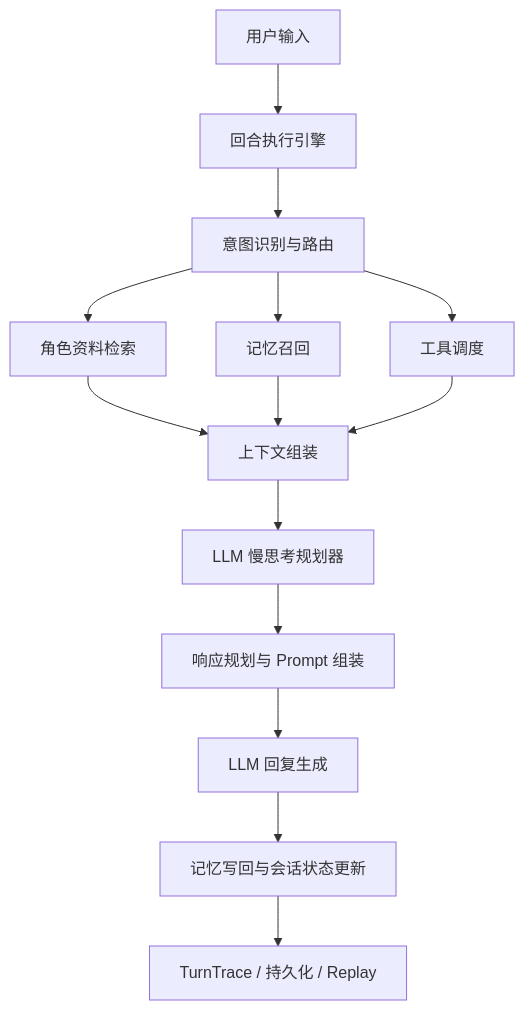
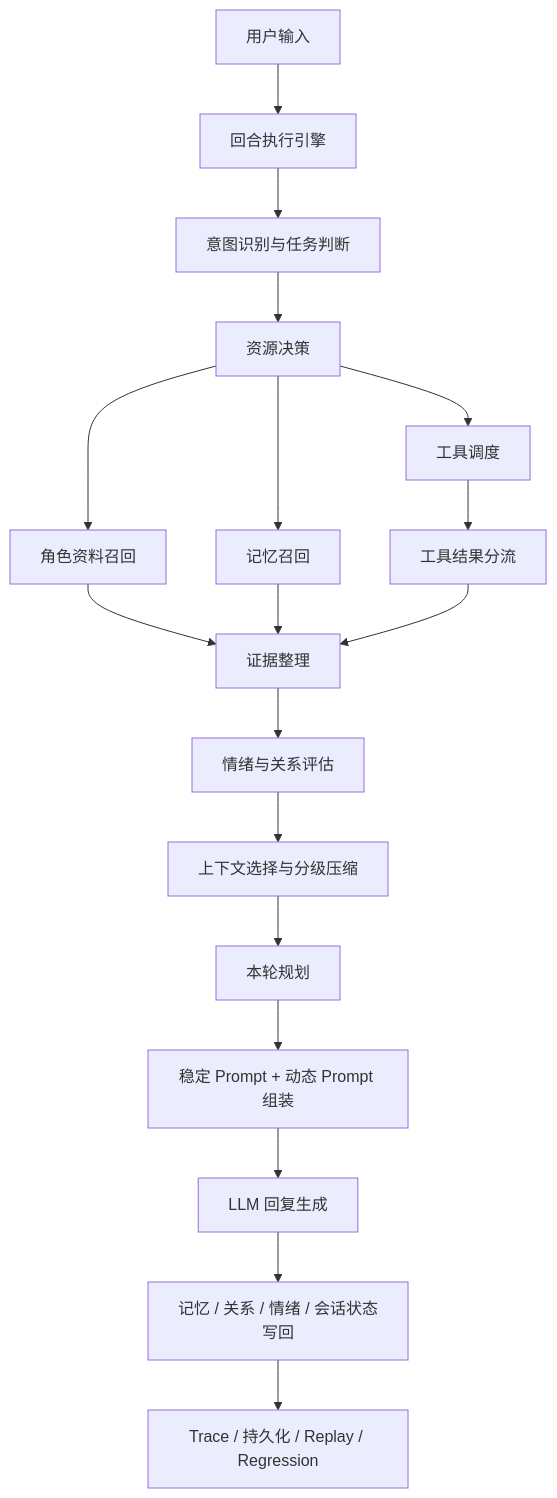
Before and after one commit to yukaich1/CompanionAgent_WeTalk: the diagram in README.md, drawn with Mermaid. The commit also changed other lines of this file and 14 other files, not shown here.

````diff
--- a/README.md
+++ b/README.md
@@ -257,16 +239,20 @@
 ```mermaid
 graph TD
     A["用户输入"] --> B["回合执行引擎"]
-    B --> C["意图识别与路由"]
-    C --> D["角色资料检索"]
-    C --> E["记忆召回"]
-    C --> F["工具调度"]
-    D --> G["上下文组装"]
-    E --> G
-    F --> G
-    G --> H["LLM 慢思考规划器"]
-    H --> I["响应规划与 Prompt 组装"]
-    I --> J["LLM 回复生成"]
-    J --> K["记忆写回与会话状态更新"]
-    K --> L["TurnTrace / 持久化 / Replay"]
+    B --> C["意图识别与任务判断"]
+    C --> D["资源决策"]
+    D --> E["工具调度"]
+    D --> F["角色资料召回"]
+    D --> G["记忆召回"]
+    E --> H["工具结果分流"]
+    F --> I["证据整理"]
+    G --> I
+    H --> I
+    I --> J["情绪与关系评估"]
+    J --> K["上下文选择与分级压缩"]
+    K --> L["本轮规划"]
+    L --> M["稳定 Prompt + 动态 Prompt 组装"]
+    M --> N["LLM 回复生成"]
+    N --> O["记忆 / 关系 / 情绪 / 会话状态写回"]
+    O --> P["Trace / 持久化 / Replay / Regression"]
 ```
````
